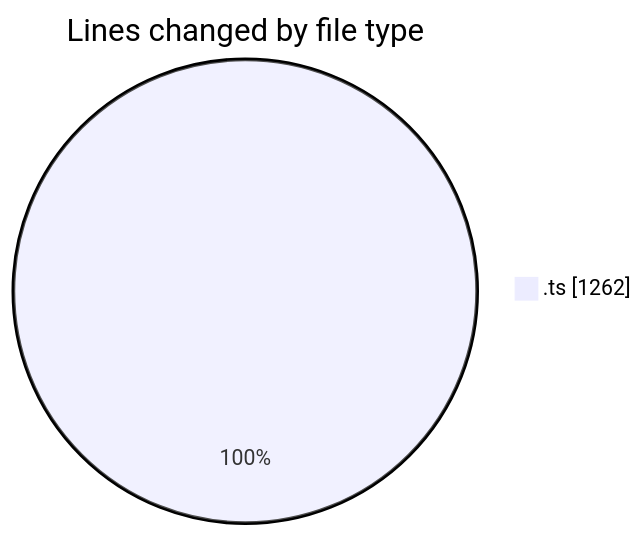
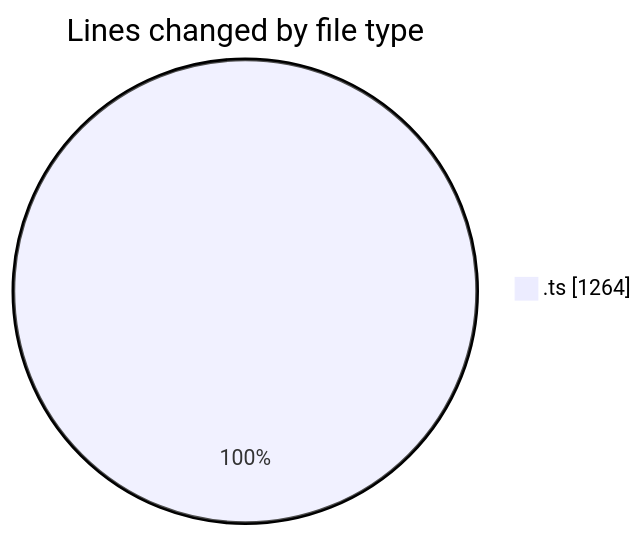
The first of 2 diagrams in 2025-12-16/cda/README.md (momahboobian/code-tracking), drawn with Mermaid before and after one commit. The commit also changed other lines of this file and 1 other file, not shown here.

````diff
--- a/2025-12-16/cda/README.md
+++ b/2025-12-16/cda/README.md
@@ -21,5 +21,5 @@
 ```mermaid
 pie showData
 title Lines changed by file type
-".ts" : 1262
+".ts" : 1264
 ```
````
